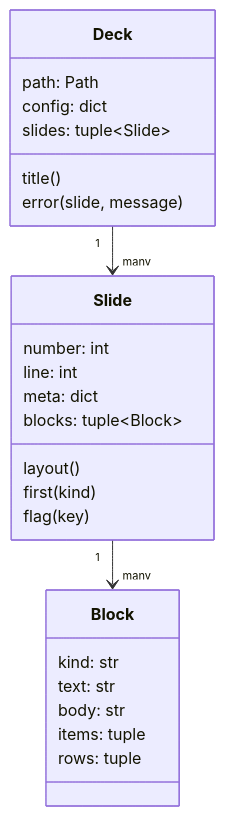
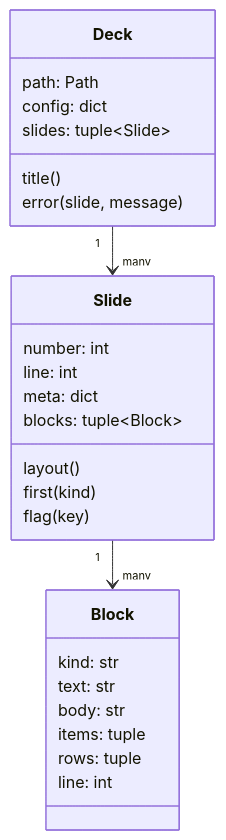
The eighth of 11 diagrams in docs/how-it-works.md (LunarCommand/akceo), drawn with Mermaid before and after one commit. The commit also changed other lines of this file and 5 other files, not shown here.

````diff
--- a/docs/how-it-works.md
+++ b/docs/how-it-works.md
@@ -303,28 +303,29 @@
 ```mermaid
 classDiagram
     class Deck {
         path: Path
         config: dict
         slides: tuple~Slide~
         title()
         error(slide, message)
     }
     class Slide {
         number: int
         line: int
         meta: dict
         blocks: tuple~Block~
         layout()
         first(kind)
         flag(key)
     }
     class Block {
         kind: str
         text: str
         body: str
         items: tuple
         rows: tuple
+        line: int
     }
     Deck "1" --> "many" Slide
     Slide "1" --> "many" Block
 ```
````
